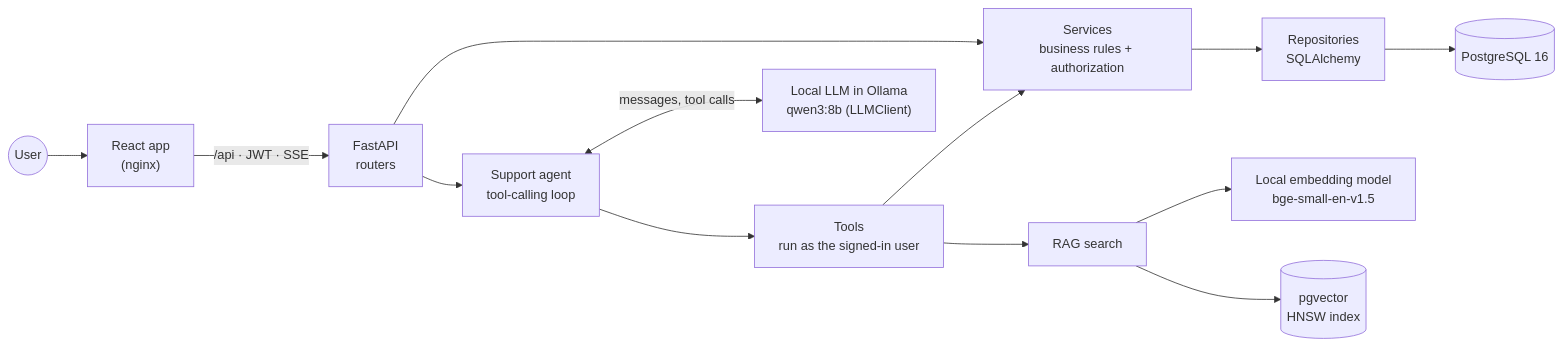
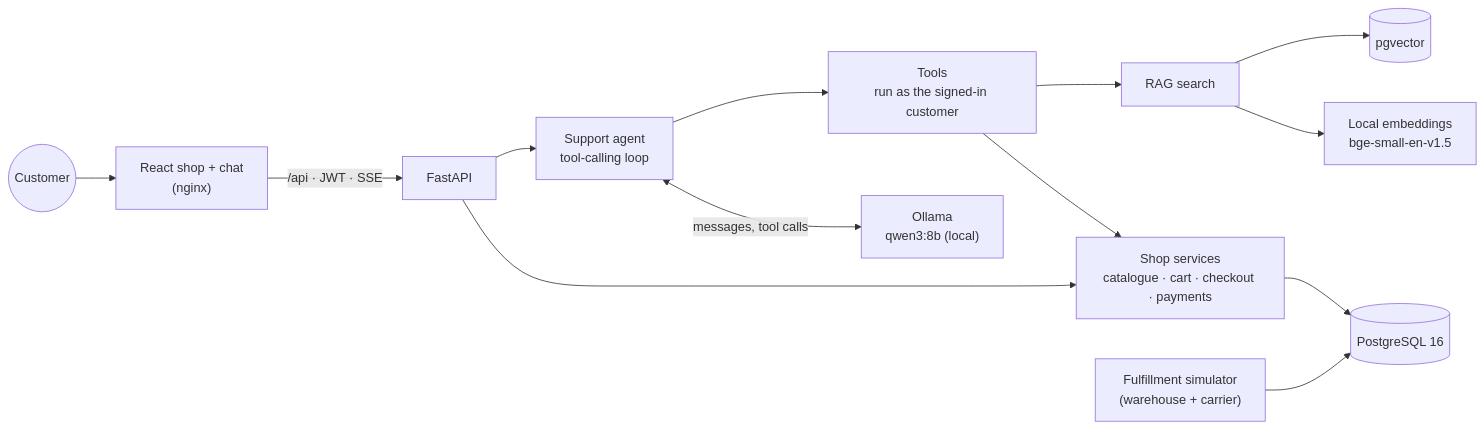
The first of 3 diagrams in README.md (InviXtaHydra/invixta), drawn with Mermaid before and after one commit. The commit also changed other lines of this file and 15 other files, not shown here.

````diff
--- a/README.md
+++ b/README.md
@@ -33,15 +36,15 @@
 ```mermaid
 flowchart LR
-    User((User)) --> React["React app<br/>(nginx)"]
-    React -->|"/api · JWT · SSE"| FastAPI["FastAPI<br/>routers"]
-    FastAPI --> Services["Services<br/>business rules + authorization"]
+    User((Customer)) --> React["React shop + chat<br/>(nginx)"]
+    React -->|"/api · JWT · SSE"| FastAPI["FastAPI"]
+    FastAPI --> Shop["Shop services<br/>catalogue · cart · checkout · payments"]
     FastAPI --> Agent["Support agent<br/>tool-calling loop"]
-    Agent <-->|messages, tool calls| LLM["Local LLM in Ollama<br/>qwen3:8b (LLMClient)"]
-    Agent --> Tools["Tools<br/>run as the signed-in user"]
-    Tools --> Services
+    Agent <-->|messages, tool calls| LLM["Ollama<br/>qwen3:8b (local)"]
+    Agent --> Tools["Tools<br/>run as the signed-in customer"]
+    Tools --> Shop
     Tools --> RAG["RAG search"]
-    RAG --> Embed["Local embedding model<br/>bge-small-en-v1.5"]
-    Services --> Repos["Repositories<br/>SQLAlchemy"]
-    Repos --> PG[("PostgreSQL 16")]
-    RAG --> PGV[("pgvector<br/>HNSW index")]
+    RAG --> Embed["Local embeddings<br/>bge-small-en-v1.5"]
+    Shop --> PG[("PostgreSQL 16")]
+    RAG --> PGV[("pgvector")]
+    Sim["Fulfillment simulator<br/>(warehouse + carrier)"] --> PG
 ```
````
